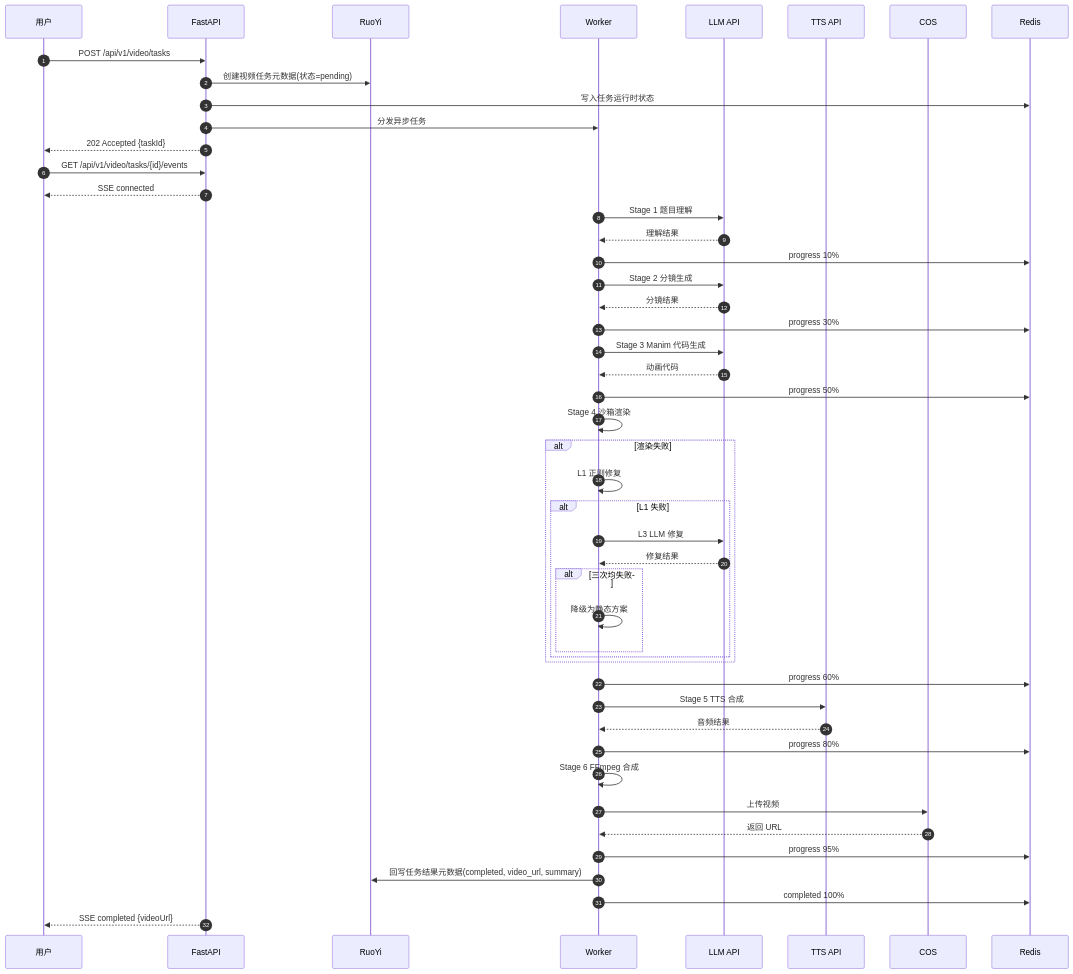
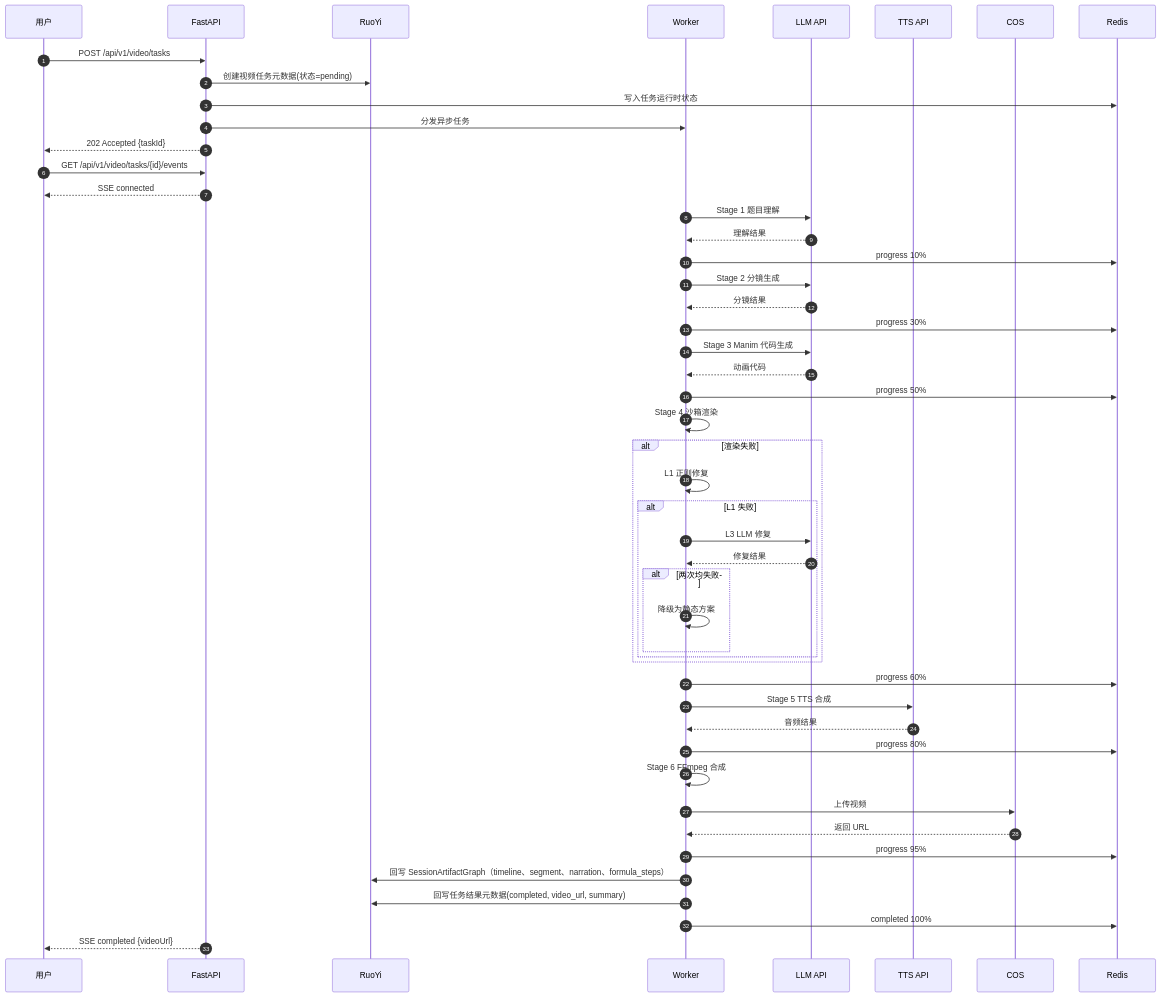
The second of 8 diagrams in _bmad-output/planning-artifacts/archive/architecture.md (Prorise-cool/Prorise_ai_teach_workspace), drawn with Mermaid before and after one commit. The commit also changed other lines of this file and 173 other files, not shown here.

````diff
--- a/_bmad-output/planning-artifacts/archive/architecture.md
+++ b/_bmad-output/planning-artifacts/archive/architecture.md
@@ -501,50 +540,51 @@
 ```mermaid
 sequenceDiagram
     autonumber
     participant U as 用户
     participant F as FastAPI
     participant RY as RuoYi
     participant W as Worker
     participant L as LLM API
     participant T as TTS API
     participant C as COS
     participant R as Redis
     U->>F: POST /api/v1/video/tasks
     F->>RY: 创建视频任务元数据(状态=pending)
     F->>R: 写入任务运行时状态
     F->>W: 分发异步任务
     F-->>U: 202 Accepted {taskId}
     U->>F: GET /api/v1/video/tasks/{id}/events
     F-->>U: SSE connected
     W->>L: Stage 1 题目理解
     L-->>W: 理解结果
     W->>R: progress 10%
     W->>L: Stage 2 分镜生成
     L-->>W: 分镜结果
     W->>R: progress 30%
     W->>L: Stage 3 Manim 代码生成
     L-->>W: 动画代码
     W->>R: progress 50%
     W->>W: Stage 4 沙箱渲染
     alt 渲染失败
         W->>W: L1 正则修复
         alt L1 失败
             W->>L: L3 LLM 修复
             L-->>W: 修复结果
-            alt 三次均失败
+            alt 两次均失败
                 W->>W: 降级为静态方案
             end
         end
     end
     W->>R: progress 60%
     W->>T: Stage 5 TTS 合成
     T-->>W: 音频结果
     W->>R: progress 80%
     W->>W: Stage 6 FFmpeg 合成
     W->>C: 上传视频
     C-->>W: 返回 URL
     W->>R: progress 95%
+    W->>RY: 回写 SessionArtifactGraph（timeline、segment、narration、formula_steps）
     W->>RY: 回写任务结果元数据(completed, video_url, summary)
     W->>R: completed 100%
     F-->>U: SSE completed {videoUrl}
 ```
````
